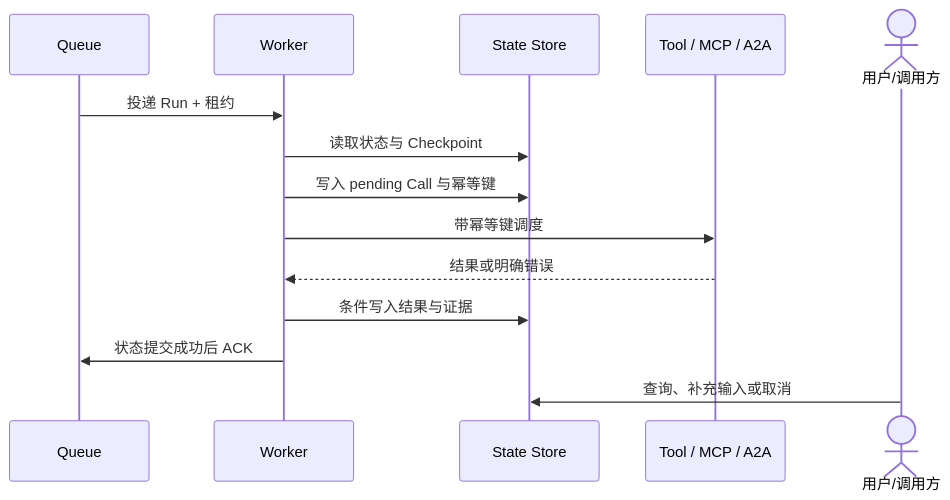
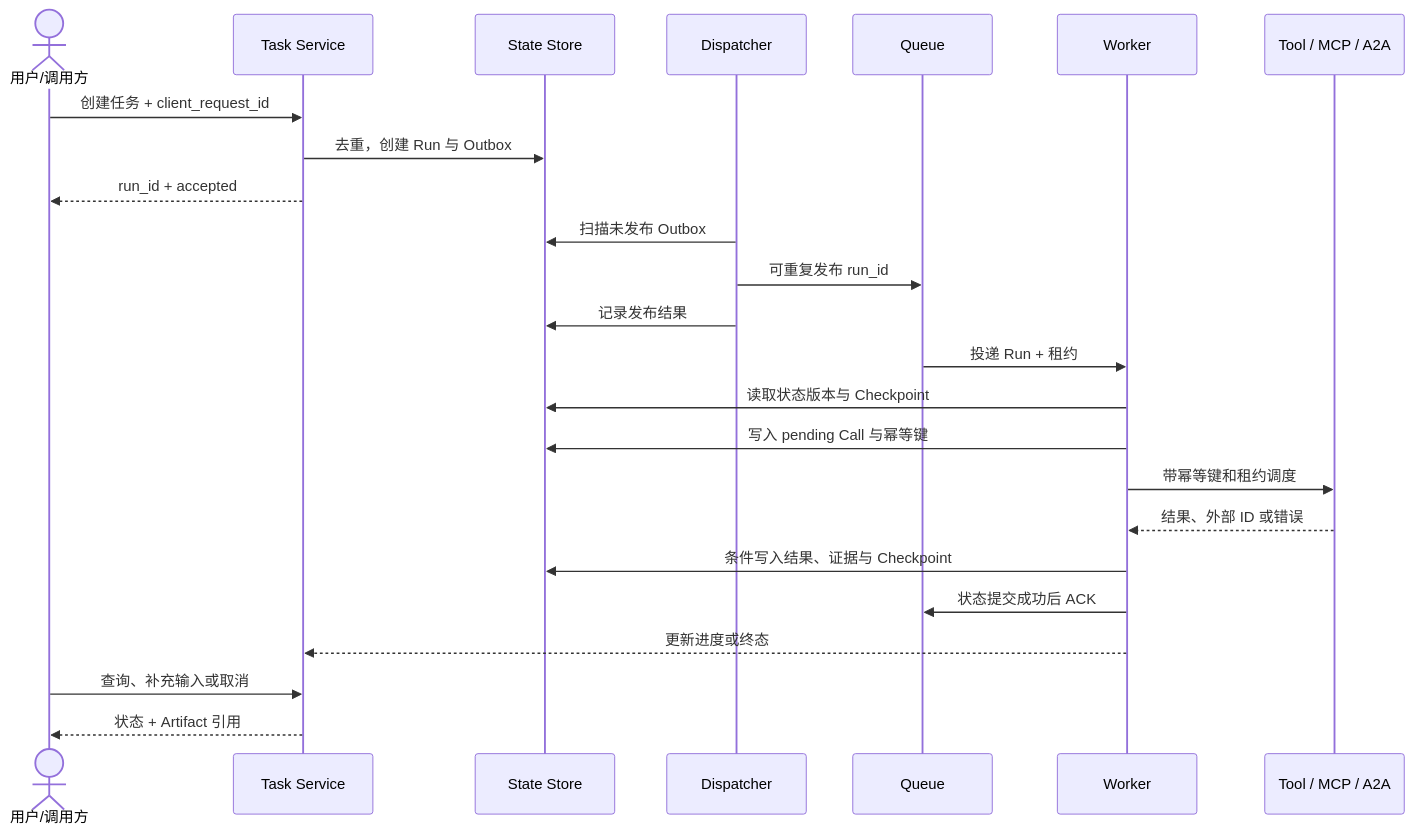
Before and after one commit to FoLaJJ/agent-systems-notes: the third of 4 diagrams in docs/15-production-agent-runtime.md, drawn with Mermaid. The commit also changed other lines of this file and 13 other files, not shown here.

Commit message:
Refine Mermaid diagram layouts

````diff
--- a/docs/15-production-agent-runtime.md
+++ b/docs/15-production-agent-runtime.md
@@ -148,16 +127,26 @@
 ```mermaid
 sequenceDiagram
+    actor U as 用户/调用方
+    participant T as Task Service
+    participant S as State Store
+    participant D as Dispatcher
     participant Q as Queue
     participant W as Worker
-    participant S as State Store
     participant E as Tool / MCP / A2A
-    actor U as 用户/调用方
+    U->>T: 创建任务 + client_request_id
+    T->>S: 去重，创建 Run 与 Outbox
+    T-->>U: run_id + accepted
+    D->>S: 扫描未发布 Outbox
+    D->>Q: 可重复发布 run_id
+    D->>S: 记录发布结果
     Q->>W: 投递 Run + 租约
-    W->>S: 读取状态与 Checkpoint
+    W->>S: 读取状态版本与 Checkpoint
     W->>S: 写入 pending Call 与幂等键
-    W->>E: 带幂等键调度
-    E-->>W: 结果或明确错误
-    W->>S: 条件写入结果与证据
+    W->>E: 带幂等键和租约调度
+    E-->>W: 结果、外部 ID 或错误
+    W->>S: 条件写入结果、证据与 Checkpoint
     W->>Q: 状态提交成功后 ACK
-    U->>S: 查询、补充输入或取消
+    W-->>T: 更新进度或终态
+    U->>T: 查询、补充输入或取消
+    T-->>U: 状态 + Artifact 引用
 ```
````
